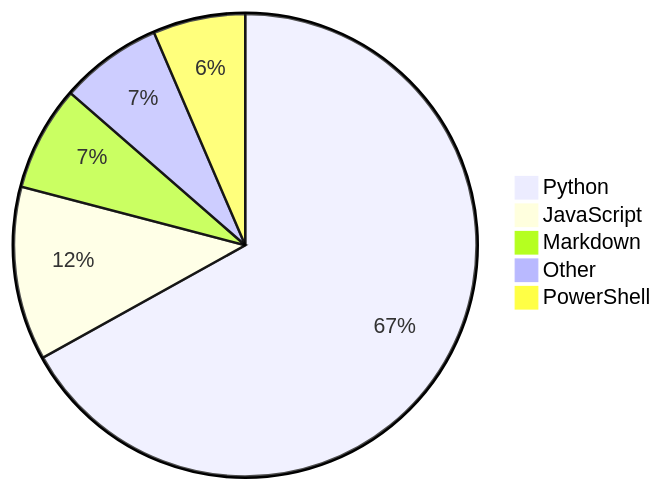
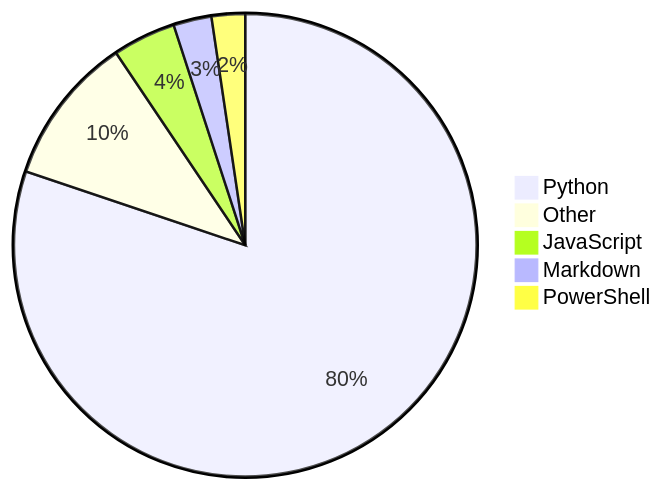
Before and after one commit to Alicia111/alicia111: the diagram in README.md, drawn with Mermaid.

Commit message:
Update WakaTime stats (・ω・)b

````diff
--- a/README.md
+++ b/README.md
@@ -32,8 +32,8 @@
 ```mermaid
 pie
-    "Python" : 64.74
-    "JavaScript" : 11.75
-    "Markdown" : 7.09
-    "Other" : 6.91
-    "PowerShell" : 6.24
+    "Python" : 80.14
+    "Other" : 10.42
+    "JavaScript" : 4.41
+    "Markdown" : 2.66
+    "PowerShell" : 2.34
 ```
````
